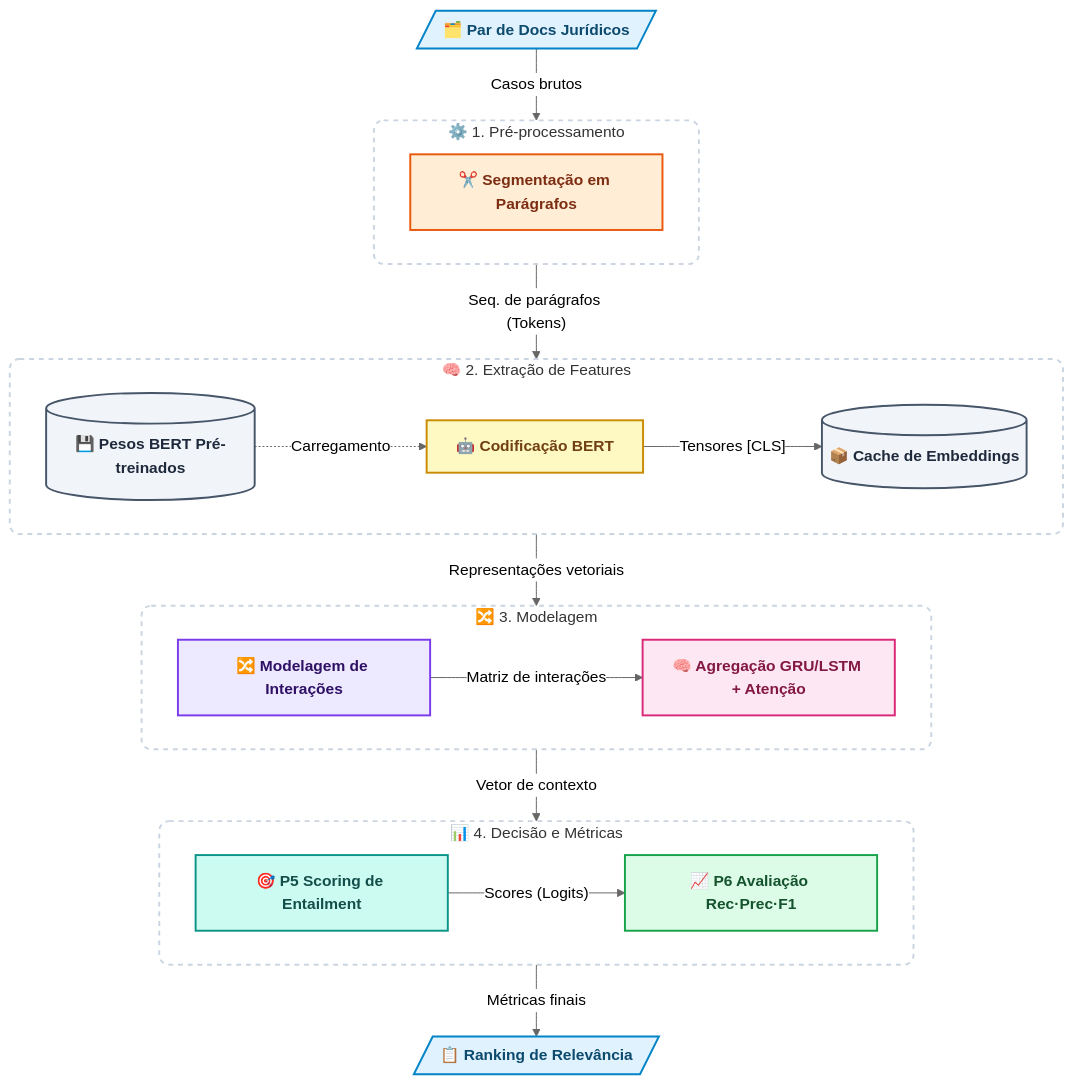
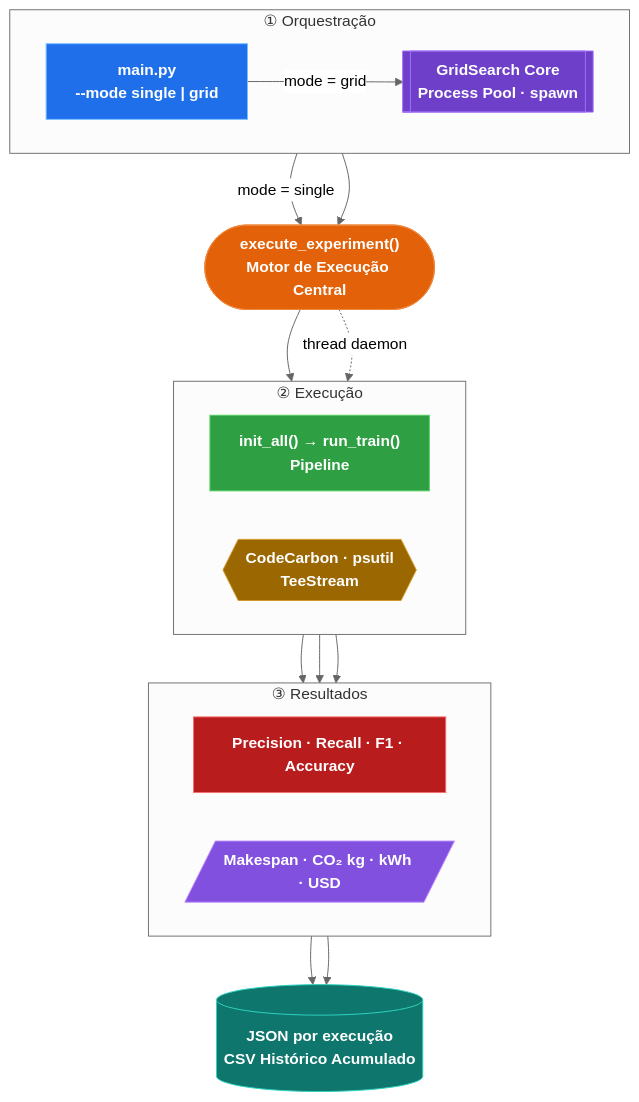
One commit to gassantos/gridsearch-skyband changed the diagram in README.md. Above: the diagram before and after it, drawn with Mermaid (neutral theme).

Commit message:
Update flowchart in README for clarity
Refactor flowchart structure and remove unnecessary nodes.

````diff
--- a/README.md
+++ b/README.md
@@ -78,52 +78,44 @@
 ```mermaid
 flowchart TB
- subgraph Fase1["⚙️ 1. Pré-processamento"]
+ subgraph ORC["① Orquestração"]
     direction LR
-        P1["✂️ Segmentação em Parágrafos"]
+        A["main.py<br>--mode single | grid"]
+        B[["GridSearch Core<br>Process Pool · spawn"]]
   end
- subgraph Fase2["🧠 2. Extração de Features"]
+ subgraph EXEC["② Execução"]
     direction LR
-        DB1[("💾 Pesos BERT Pré-treinados")]
-        P2["🤖 Codificação BERT"]
-        DB2[("📦 Cache de Embeddings")]
+        D["init_all()  →  run_train()<br>Pipeline"]
+        E{{"CodeCarbon · psutil<br>TeeStream"}}
   end
- subgraph Fase3["🔀 3. Modelagem"]
+ subgraph RESULT["③ Resultados"]
     direction LR
-        P3["🔀 Modelagem de Interações"]
-        P4["🧠 Agregação GRU/LSTM + Atenção"]
+        G["Precision · Recall · F1 · Accuracy"]
+        F[/"Makespan · CO₂ kg · kWh · USD"/]
   end
- subgraph Fase4["📊 4. Decisão e Métricas"]
-    direction LR
-        P5["🎯 P5 Scoring de Entailment"]
-        P6["📈 P6 Avaliação Rec·Prec·F1"]
-  end
-    DB1 -. Carregamento .-> P2
-    P2 -- Tensores [CLS] --> DB2
-    P3 -- Matriz de interações --> P4
-    P5 -- Scores (Logits) --> P6
-    IN[/"🗂️ Par de Docs Jurídicos"/] -- Casos brutos --> P1
-    P1 -- "Seq. de parágrafos (Tokens)" --> P2
-    DB2 -- Representações vetoriais --> P3
-    P4 -- Vetor de contexto --> P5
-    P6 -- Métricas finais --> OUT[/"📋 Ranking de Relevância"/]
+    A -- "mode = grid" --> B
+    A -- "mode = single" --> C(["execute_experiment()<br>Motor de Execução Central"])
+    B --> C
+    C --> D
+    C -. thread daemon .-> E
+    D --> G & F
+    E --> F
+    G --> H[("JSON por execução<br>CSV Histórico Acumulado")]
+    F --> H
 
-     P1:::preproc
-     DB1:::store
-     P2:::encoding
-     DB2:::store
-     P3:::interaction
-     P4:::aggregation
-     P5:::scoring
-     P6:::evaluation
-     IN:::io
-     OUT:::io
-    classDef io         fill:#e0f2fe,stroke:#0284c7,stroke-width:2px,color:#0c4a6e,font-weight:bold
-    classDef store      fill:#f1f5f9,stroke:#475569,stroke-width:2px,color:#1e293b,font-weight:bold
-    classDef preproc    fill:#ffedd5,stroke:#ea580c,stroke-width:2px,color:#7c2d12,font-weight:bold
-    classDef encoding   fill:#fef9c3,stroke:#ca8a04,stroke-width:2px,color:#713f12,font-weight:bold
-    classDef interaction fill:#ede9fe,stroke:#7c3aed,stroke-width:2px,color:#2e1065,font-weight:bold
-    classDef aggregation fill:#fce7f3,stroke:#db2777,stroke-width:2px,color:#831843,font-weight:bold
-    classDef scoring    fill:#ccfbf1,stroke:#0d9488,stroke-width:2px,color:#134e4a,font-weight:bold
-    classDef evaluation fill:#dcfce7,stroke:#16a34a,stroke-width:2px,color:#14532d,font-weight:bold
-    classDef cluster    fill:#ffffff,stroke:#cbd5e1,stroke-width:2px,stroke-dasharray: 5 5,rx:10,ry:10
+     A:::cli
+     B:::gridsearch
+     C:::engine
+     D:::training
+     E:::monitoring
+     G:::evaluation
+     F:::criteria
+     H:::persistence
+    classDef cli         fill:#1f6feb,stroke:#79c0ff,color:#fff,font-weight:bold
+    classDef gridsearch  fill:#6e40c9,stroke:#a371f7,color:#fff,font-weight:bold
+    classDef engine      fill:#e36209,stroke:#f0883e,color:#fff,font-weight:bold
+    classDef training    fill:#2ea043,stroke:#56d364,color:#fff,font-weight:bold
+    classDef monitoring  fill:#9a6700,stroke:#d29922,color:#fff,font-weight:bold
+    classDef criteria    fill:#8250df,stroke:#bc8cff,color:#fff,font-weight:bold
+    classDef evaluation  fill:#b91c1c,stroke:#f87171,color:#fff,font-weight:bold
+    classDef persistence fill:#0f766e,stroke:#2dd4bf,color:#fff,font-weight:bold
 ```
````
